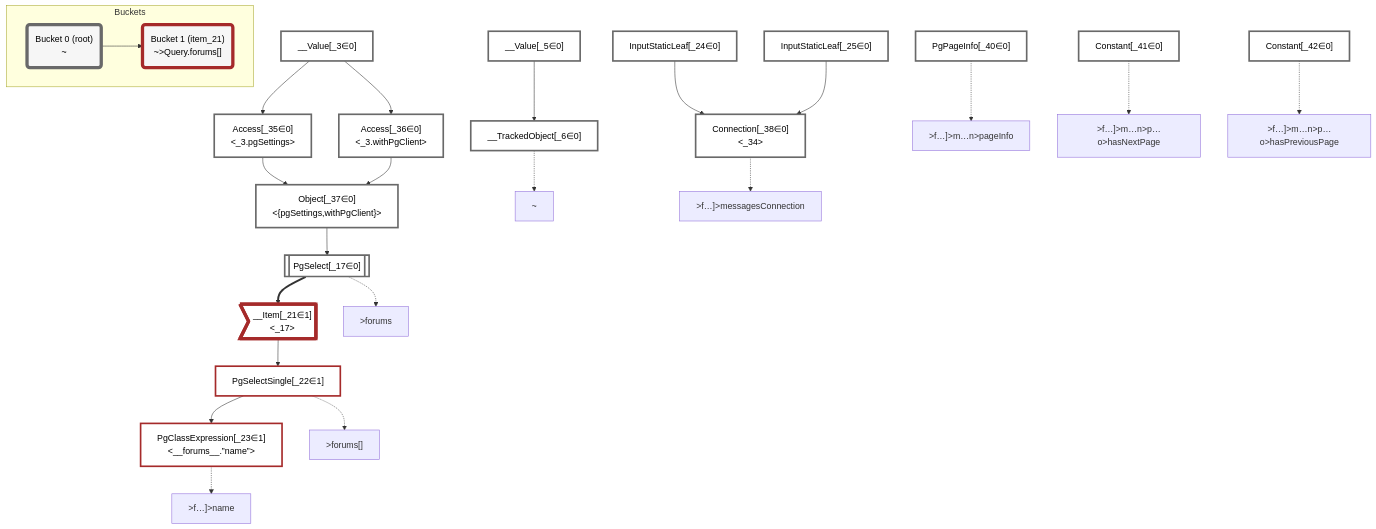
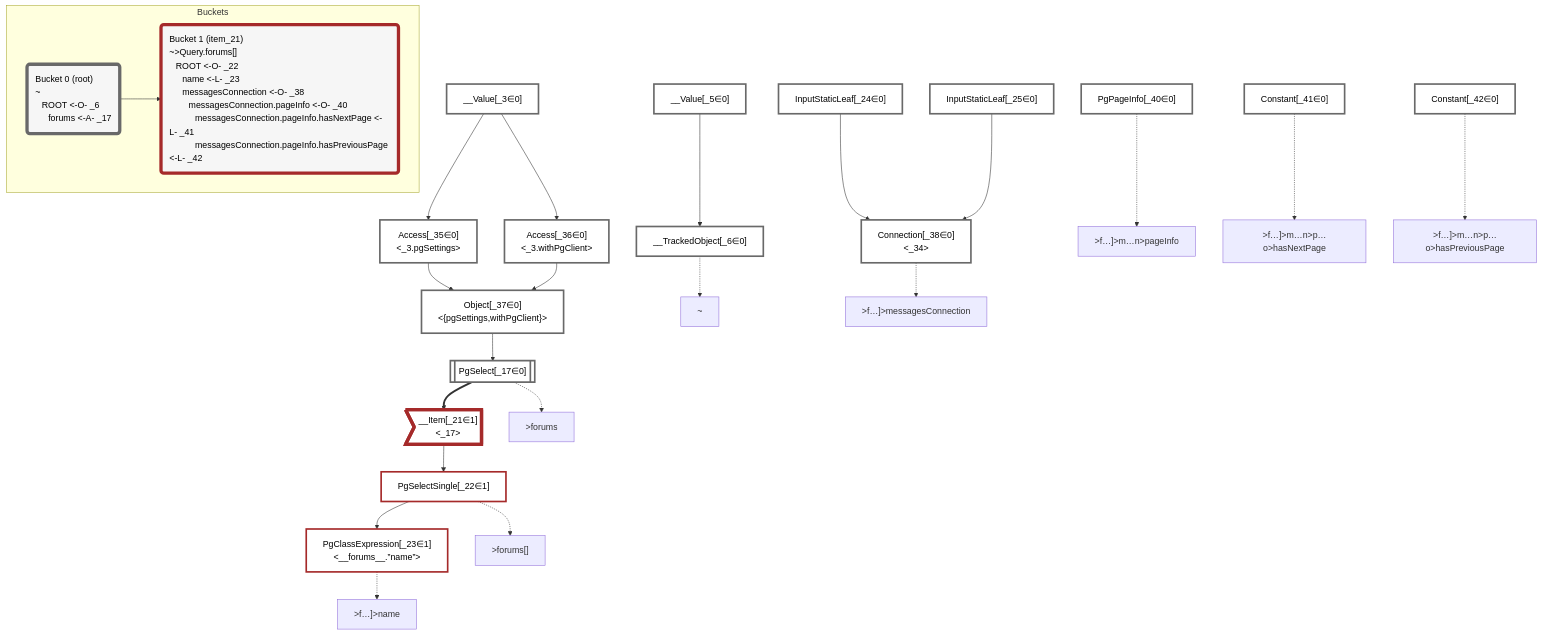
Before and after one commit to graphile/crystal: the diagram in packages/dataplan-pg/__tests__/queries/connections/empty.mermaid.md, drawn with Mermaid. The commit also changed 195 other files, not shown here.

````diff
--- a/packages/dataplan-pg/__tests__/queries/connections/empty.mermaid.md
+++ b/packages/dataplan-pg/__tests__/queries/connections/empty.mermaid.md
@@ -1,72 +1,72 @@
 ```mermaid
 graph TD
     classDef path fill:#eee,stroke:#000,color:#000
     classDef plan fill:#fff,stroke-width:3px,color:#000
     classDef itemplan fill:#fff,stroke-width:6px,color:#000
     classDef sideeffectplan fill:#f00,stroke-width:6px,color:#000
-    classDef bucket fill:#f6f6f6,color:#000,stroke-width:6px
+    classDef bucket fill:#f6f6f6,color:#000,stroke-width:6px,text-align:left
 
 
     %% define plans
     __Value_3["__Value[_3∈0]<br /><context>"]:::plan
     __Value_5["__Value[_5∈0]<br /><rootValue>"]:::plan
     __TrackedObject_6["__TrackedObject[_6∈0]"]:::plan
     PgSelect_17[["PgSelect[_17∈0]<br /><forums>"]]:::plan
     __Item_21>"__Item[_21∈1]<br /><_17>"]:::itemplan
     PgSelectSingle_22["PgSelectSingle[_22∈1]<br /><forums>"]:::plan
     PgClassExpression_23["PgClassExpression[_23∈1]<br /><__forums__.”name”>"]:::plan
     InputStaticLeaf_24["InputStaticLeaf[_24∈0]"]:::plan
     InputStaticLeaf_25["InputStaticLeaf[_25∈0]"]:::plan
     Access_35["Access[_35∈0]<br /><_3.pgSettings>"]:::plan
     Access_36["Access[_36∈0]<br /><_3.withPgClient>"]:::plan
     Object_37["Object[_37∈0]<br /><{pgSettings,withPgClient}>"]:::plan
     Connection_38["Connection[_38∈0]<br /><_34>"]:::plan
     PgPageInfo_40["PgPageInfo[_40∈0]"]:::plan
     Constant_41["Constant[_41∈0]"]:::plan
     Constant_42["Constant[_42∈0]"]:::plan
 
     %% plan dependencies
     __Value_5 --> __TrackedObject_6
     Object_37 --> PgSelect_17
     PgSelect_17 ==> __Item_21
     __Item_21 --> PgSelectSingle_22
     PgSelectSingle_22 --> PgClassExpression_23
     __Value_3 --> Access_35
     __Value_3 --> Access_36
     Access_35 --> Object_37
     Access_36 --> Object_37
     InputStaticLeaf_24 --> Connection_38
     InputStaticLeaf_25 --> Connection_38
 
     %% plan-to-path relationships
     P_6["~"]
     __TrackedObject_6 -.-> P_6
     P_17[">forums"]
     PgSelect_17 -.-> P_17
     P_22[">forums[]"]
     PgSelectSingle_22 -.-> P_22
     P_23[">f…]>name"]
     PgClassExpression_23 -.-> P_23
     P_38[">f…]>messagesConnection"]
     Connection_38 -.-> P_38
     P_40[">f…]>m…n>pageInfo"]
     PgPageInfo_40 -.-> P_40
     P_41[">f…]>m…n>p…o>hasNextPage"]
     Constant_41 -.-> P_41
     P_42[">f…]>m…n>p…o>hasPreviousPage"]
     Constant_42 -.-> P_42
 
     %% allocate buckets
     classDef bucket0 stroke:#696969
     class __Value_3,__Value_5,__TrackedObject_6,PgSelect_17,InputStaticLeaf_24,InputStaticLeaf_25,Access_35,Access_36,Object_37,Connection_38,PgPageInfo_40,Constant_41,Constant_42 bucket0
     classDef bucket1 stroke:#a52a2a
     class __Item_21,PgSelectSingle_22,PgClassExpression_23 bucket1
 
     subgraph Buckets
-    Bucket0("Bucket 0 (root)<br />~"):::bucket
+    Bucket0("Bucket 0 (root)<br />~<br />⠀ROOT <-O- _6<br />⠀⠀forums <-A- _17"):::bucket
     style Bucket0 stroke:#696969
-    Bucket1("Bucket 1 (item_21)<br />~>Query.forums[]"):::bucket
+    Bucket1("Bucket 1 (item_21)<br />~>Query.forums[]<br />⠀ROOT <-O- _22<br />⠀⠀name <-L- _23<br />⠀⠀messagesConnection <-O- _38<br />⠀⠀⠀messagesConnection.pageInfo <-O- _40<br />⠀⠀⠀⠀messagesConnection.pageInfo.hasNextPage <-L- _41<br />⠀⠀⠀⠀messagesConnection.pageInfo.hasPreviousPage <-L- _42"):::bucket
     style Bucket1 stroke:#a52a2a
     Bucket0 --> Bucket1
     end
 ```
````
